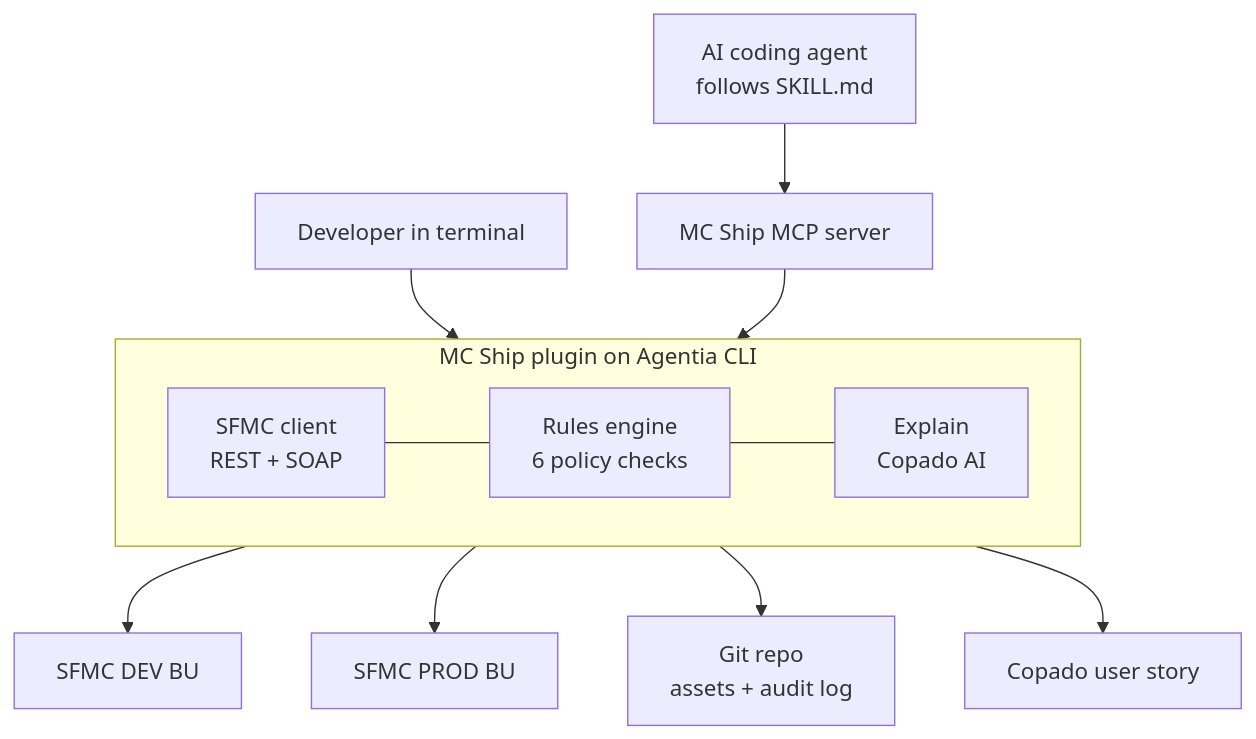
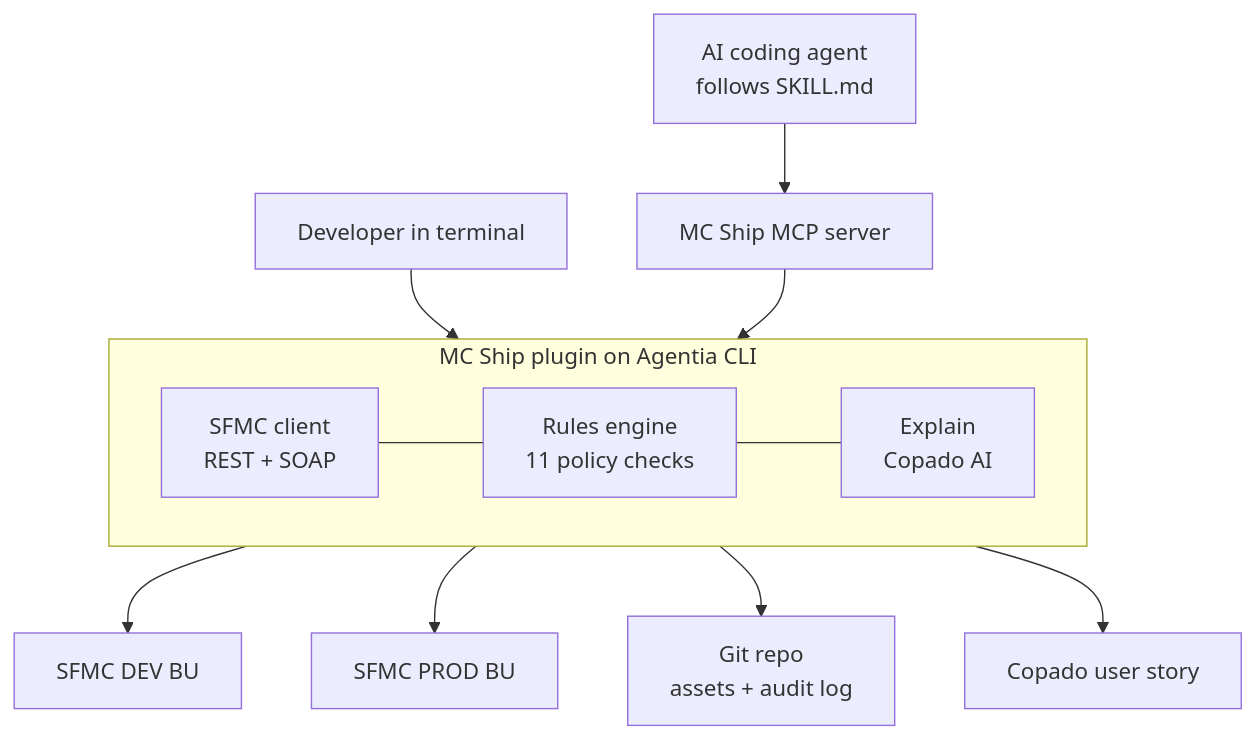
Before and after one commit to mcshipdev-design/mc-ship: the diagram in README.md, drawn with Mermaid. The commit also changed other lines of this file, not shown here.

Commit message:
README: Automation Studio support and eleven checks

````diff
--- a/README.md
+++ b/README.md
@@ -17,9 +17,9 @@
 ```mermaid
 flowchart TB
   dev[Developer in terminal] --> plugin
   agent[AI coding agent<br/>follows SKILL.md] --> mcp[MC Ship MCP server] --> plugin
   subgraph plugin[MC Ship plugin on Agentia CLI]
-    client[SFMC client<br/>REST + SOAP] --- rules[Rules engine<br/>6 policy checks] --- explain[Explain<br/>Copado AI]
+    client[SFMC client<br/>REST + SOAP] --- rules[Rules engine<br/>11 policy checks] --- explain[Explain<br/>Copado AI]
   end
   plugin --> devbu[SFMC DEV BU] & prodbu[SFMC PROD BU] & git[Git repo<br/>assets + audit log] & copado[Copado user story]
 ```
````
